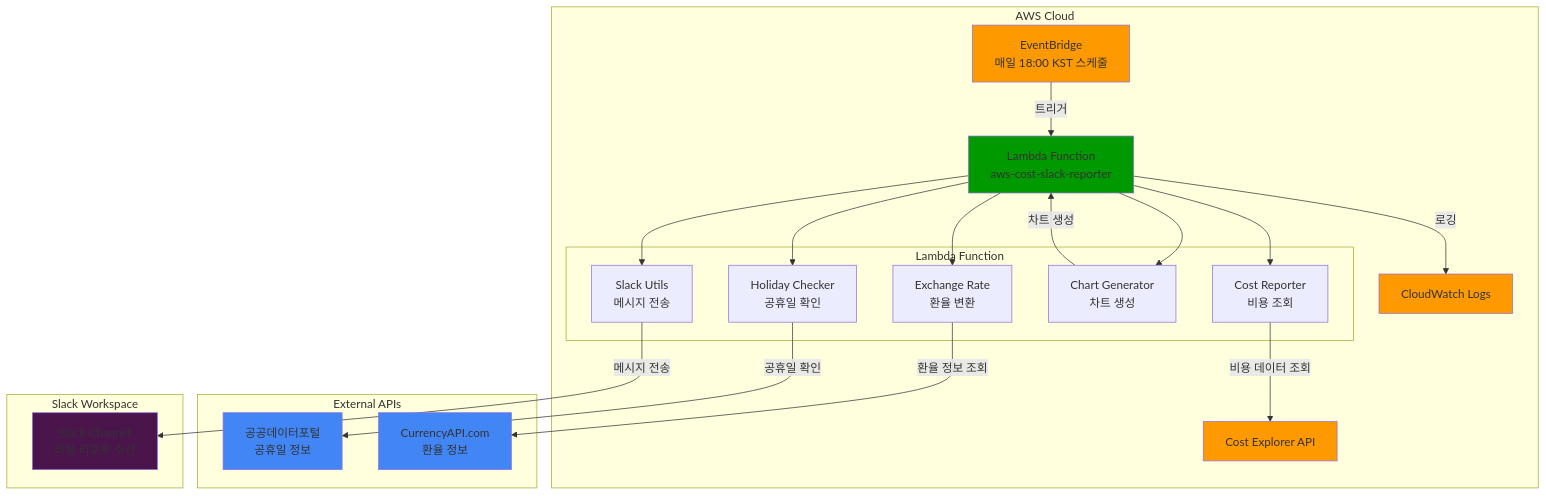
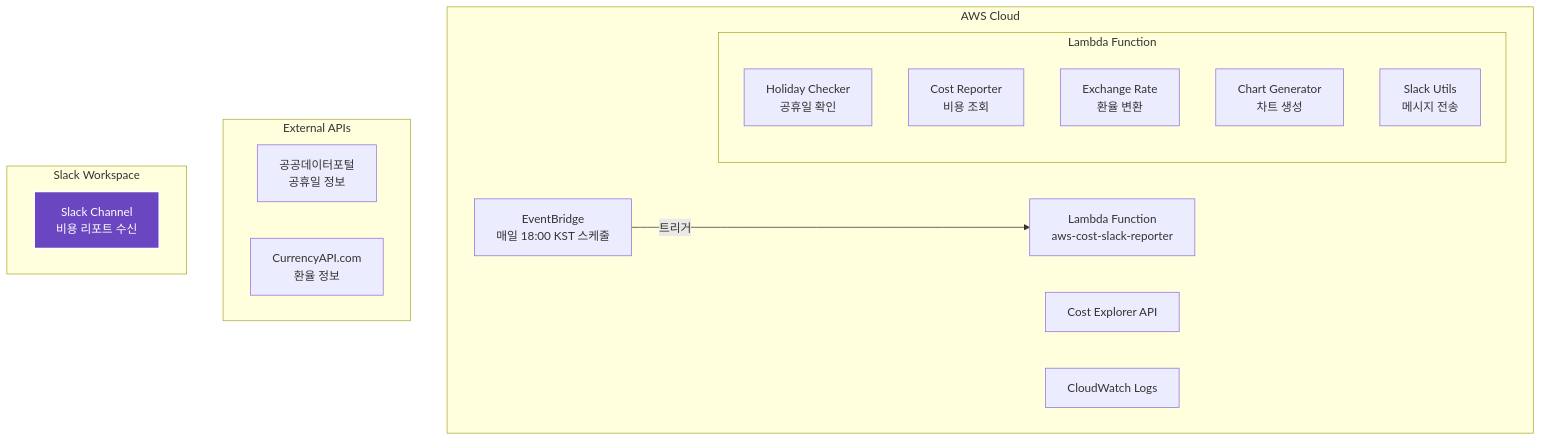
The first of 2 diagrams in README.md (dongkoony/aws-cost-slack-reporter), drawn with Mermaid before and after one commit. The commit also changed other lines of this file, not shown here.

````diff
--- a/README.md
+++ b/README.md
@@ -24,47 +123,31 @@
 ```mermaid
 graph TB
     subgraph "AWS Cloud"
         EB[EventBridge<br/>매일 18:00 KST 스케줄]
         L[Lambda Function<br/>aws-cost-slack-reporter]
         CE[Cost Explorer API]
         CW[CloudWatch Logs]
         
         subgraph "Lambda Function"
             HC[Holiday Checker<br/>공휴일 확인]
             CR[Cost Reporter<br/>비용 조회]
             ER[Exchange Rate<br/>환율 변환]
             CG[Chart Generator<br/>차트 생성]
             SU[Slack Utils<br/>메시지 전송]
         end
     end
     
     subgraph "External APIs"
         PD[공공데이터포털<br/>공휴일 정보]
         CA[CurrencyAPI.com<br/>환율 정보]
     end
     
     subgraph "Slack Workspace"
         SC[Slack Channel<br/>비용 리포트 수신]
     end
     
     EB -->|트리거| L
-    L --> HC
-    HC -->|공휴일 확인| PD
-    L --> CR
-    CR -->|비용 데이터 조회| CE
-    L --> ER
-    ER -->|환율 정보 조회| CA
-    L --> CG
-    CG -->|차트 생성| L
-    L --> SU
-    SU -->|메시지 전송| SC
-    L -->|로깅| CW
     
-    style EB fill:#FF9900
-    style L fill:#009900
-    style CE fill:#FF9900
-    style CW fill:#FF9900
-    style PD fill:#4285F4
-    style CA fill:#4285F4
-    style SC fill:#4A154B
+    classDef slackNode fill:#6B46C1,stroke:#FFFFFF,stroke-width:2px,color:#FFFFFF
+    class SC slackNode
 ```
````
